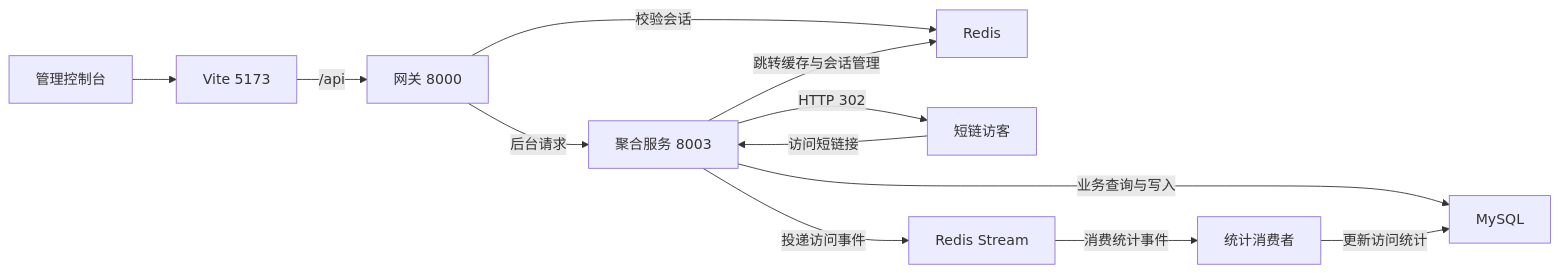
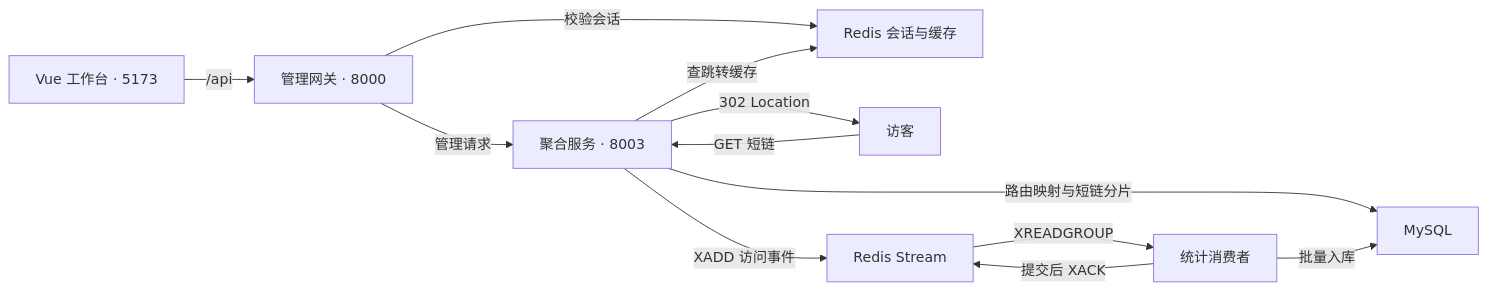
Before and after one commit to QYL66/linkstamp: the diagram in README.md, drawn with Mermaid. The commit also changed other lines of this file, not shown here.

Commit message:
docs: highlight LinkStamp architecture and benchmark results

````diff
--- a/README.md
+++ b/README.md
@@ -46,14 +53,14 @@
 ```mermaid
 flowchart LR
-    Console["管理控制台"] --> Vite["Vite 5173"]
-    Vite -->|/api| Gateway["网关 8000"]
-    Gateway -->|后台请求| App["聚合服务 8003"]
-    Gateway -->|校验会话| Redis["Redis"]
-    Visitor["短链访客"] -->|访问短链接| App
-    App -->|HTTP 302| Visitor
-    App -->|跳转缓存与会话管理| Redis
-    App -->|业务查询与写入| MySQL["MySQL"]
-    App -->|投递访问事件| Stream["Redis Stream"]
-    Stream -->|消费统计事件| Worker["统计消费者"]
-    Worker -->|更新访问统计| MySQL
+    Console["Vue 工作台 · 5173"] -->|/api| Gateway["管理网关 · 8000"]
+    Gateway -->|校验会话| Redis["Redis 会话与缓存"]
+    Gateway -->|管理请求| App["聚合服务 · 8003"]
+    Visitor["访客"] -->|GET 短链| App
+    App -->|302 Location| Visitor
+    App -->|查跳转缓存| Redis
+    App -->|路由映射与短链分片| MySQL["MySQL"]
+    App -->|XADD 访问事件| Stream["Redis Stream"]
+    Stream -->|XREADGROUP| Worker["统计消费者"]
+    Worker -->|批量入库| MySQL
+    Worker -->|提交后 XACK| Stream
 ```
````
